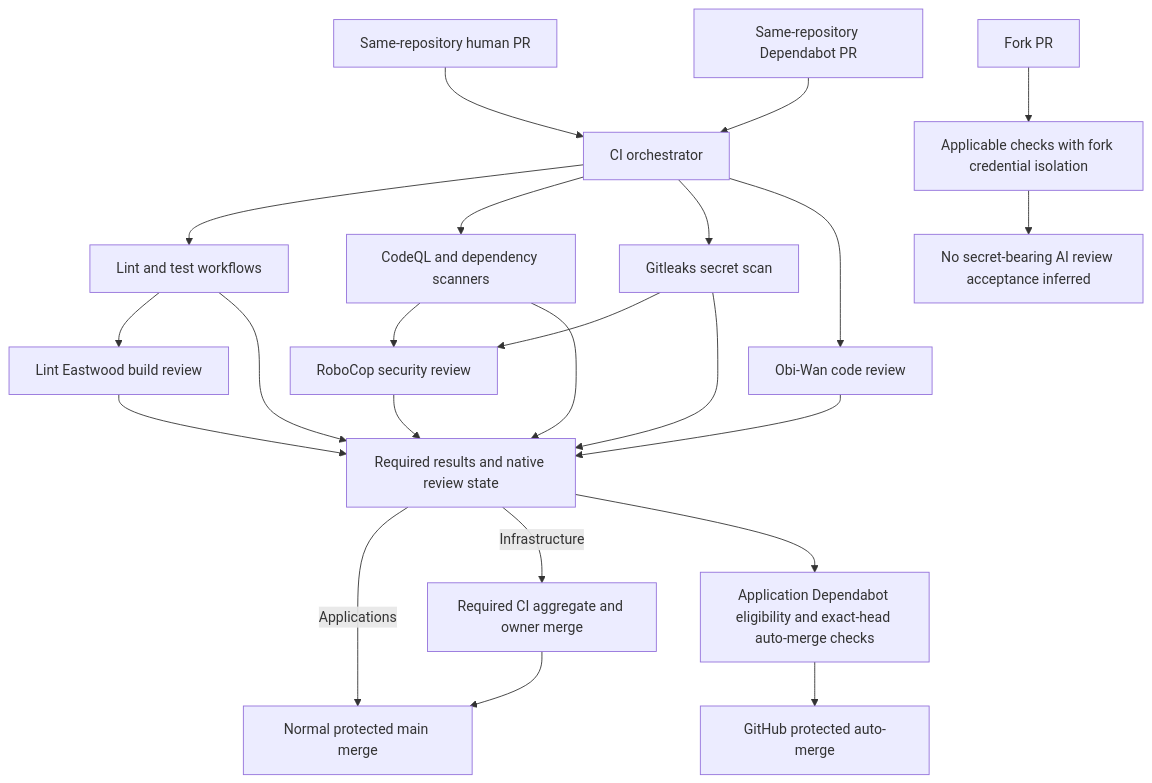
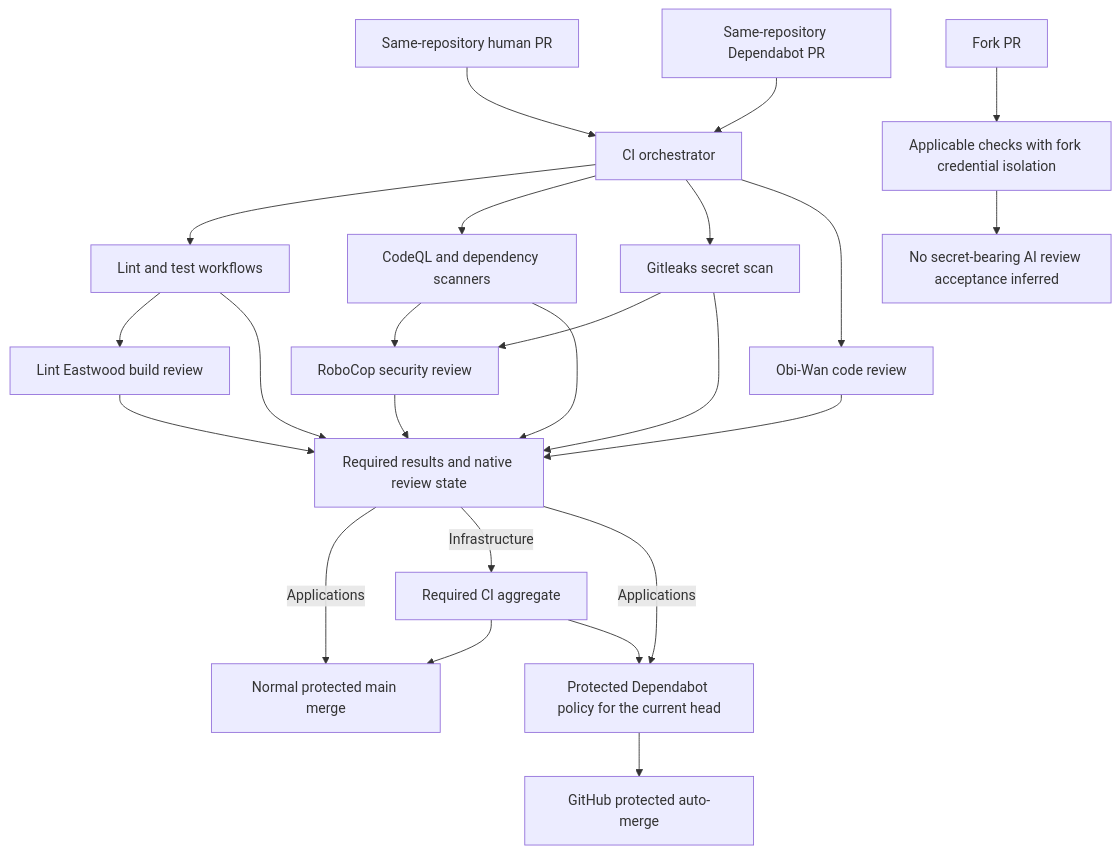
The first of 4 diagrams in .github/workflows/README.md (VanillaIceCube/Notoli), drawn with Mermaid before and after one commit. The commit also changed other lines of this file and 3 other files, not shown here.

Commit message:
Require the current pending Dependabot policy check

````diff
--- a/.github/workflows/README.md
+++ b/.github/workflows/README.md
@@ -598,25 +599,26 @@
 ```mermaid
 flowchart TD
   Human[Same-repository human PR] --> CI[CI orchestrator]
   Dependabot[Same-repository Dependabot PR] --> CI
   Fork[Fork PR] --> Isolated[Applicable checks with fork credential isolation]
   CI --> LintTest[Lint and test workflows]
   CI --> Scanners[CodeQL and dependency scanners]
   CI --> Secrets[Gitleaks secret scan]
   Secrets --> Robo
   Secrets --> Gate
   CI --> Obi[Obi-Wan code review]
   LintTest --> Lint[Lint Eastwood build review]
   Scanners --> Robo[RoboCop security review]
   Obi --> Gate[Required results and native review state]
   Lint --> Gate
   Robo --> Gate
   LintTest --> Gate
   Scanners --> Gate
   Isolated --> ForkEvidence[No secret-bearing AI review acceptance inferred]
   Gate -->|Applications| Main[Normal protected main merge]
-  Gate -->|Infrastructure| RequiredCI[Required CI aggregate and owner merge]
+  Gate -->|Infrastructure| RequiredCI[Required CI aggregate]
   RequiredCI --> Main
-  Gate --> Auto[Application Dependabot eligibility and exact-head auto-merge checks]
+  Gate -->|Applications| Auto[Protected Dependabot policy for the current head]
+  RequiredCI --> Auto
   Auto --> Platform[GitHub protected auto-merge]
 ```
````
